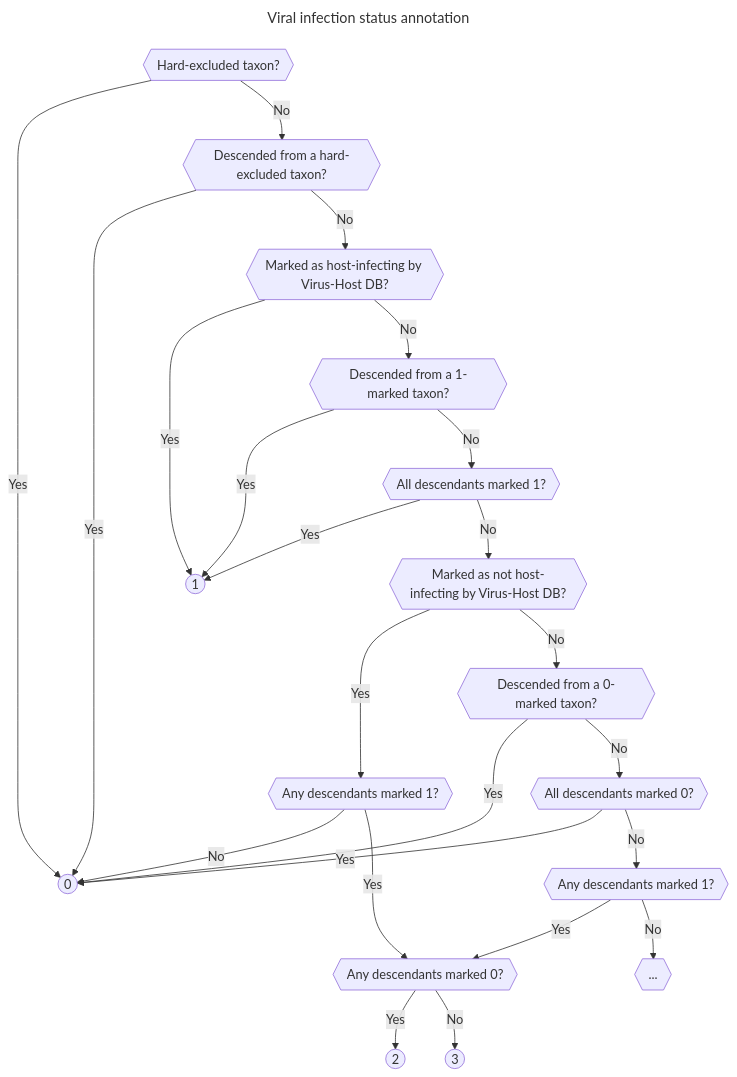
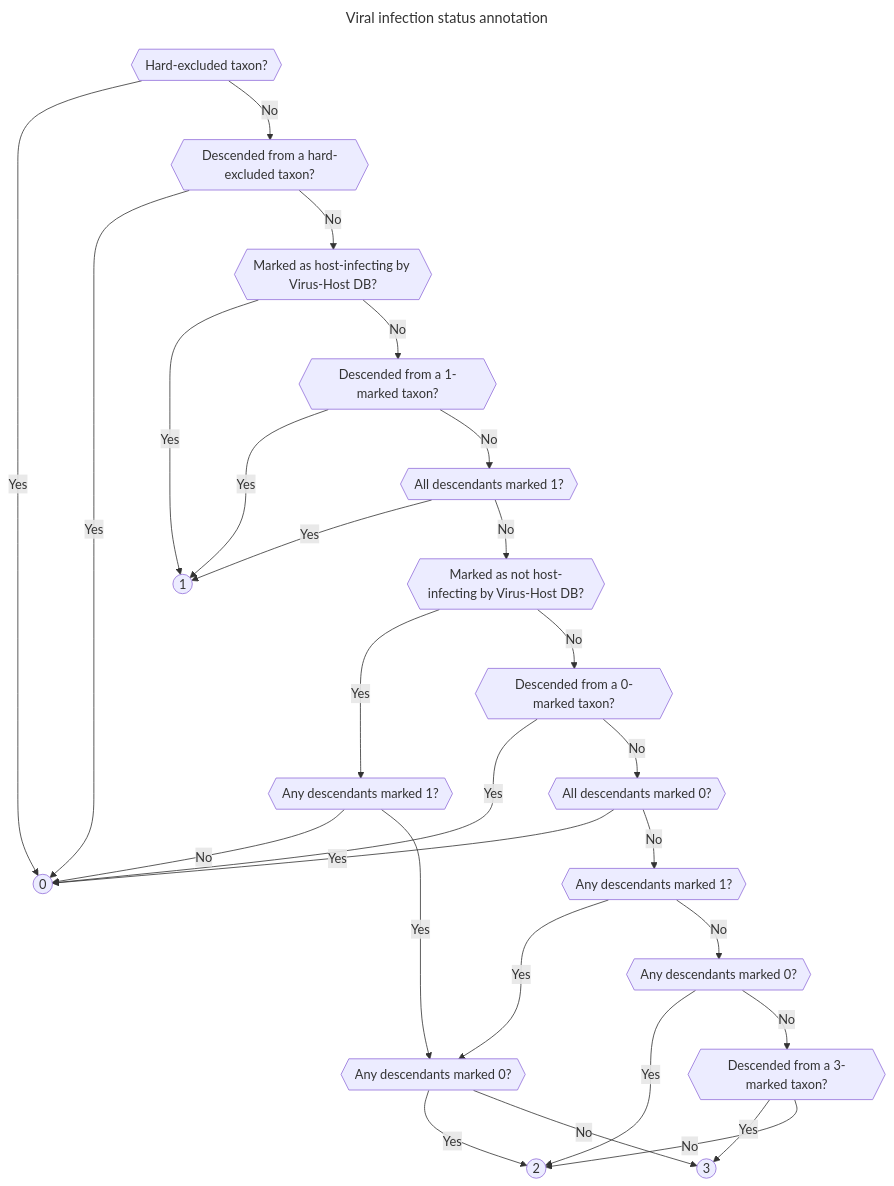
The diagram in docs/annotation.md (naobservatory/mgs-workflow), drawn with Mermaid before and after one commit.

Commit message:
More work on docs

````diff
--- a/docs/annotation.md
+++ b/docs/annotation.md
@@ -12,30 +12,34 @@
 ```mermaid
 ---
 title: Viral infection status annotation
 config:
     layout: "auto"
 ---
 flowchart TD
 A{{Hard-excluded taxon?}} -->|Yes| B((0))
 A --> |No| C{{Descended from a hard-excluded taxon?}}
 C -->|Yes| B
 C -->|No| D{{Marked as host-infecting by Virus-Host DB?}}
 D -->|Yes| E((1))
 D -->|No| F{{Descended from a 1-marked taxon?}}
 F -->|Yes| E
 F -->|No| G{{All descendants marked 1?}}
 G -->|Yes| E
 G -->|No| H{{Marked as not host-infecting by Virus-Host DB?}}
 H -->|Yes| I{{Any descendants marked 1?}}
 I -->|No| B
 H -->|No| J{{Descended from a 0-marked taxon?}}
 J -->|Yes| B
 J -->|No| K{{All descendants marked 0?}}
 K -->|Yes| B
 K -->|No| L{{Any descendants marked 1?}}
 L -->|Yes| M{{Any descendants marked 0?}}
 I -->|Yes| M
 M -->|Yes| N((2))
 M -->|No| O((3))
-L -->|No| P{{...}}
+L -->|No| P{{Any descendants marked 0?}}
+P -->|Yes| N
+P -->|No| Q{{Descended from a 3-marked taxon?}}
+Q -->|Yes| O
+Q -->|No| N
 ```
````
